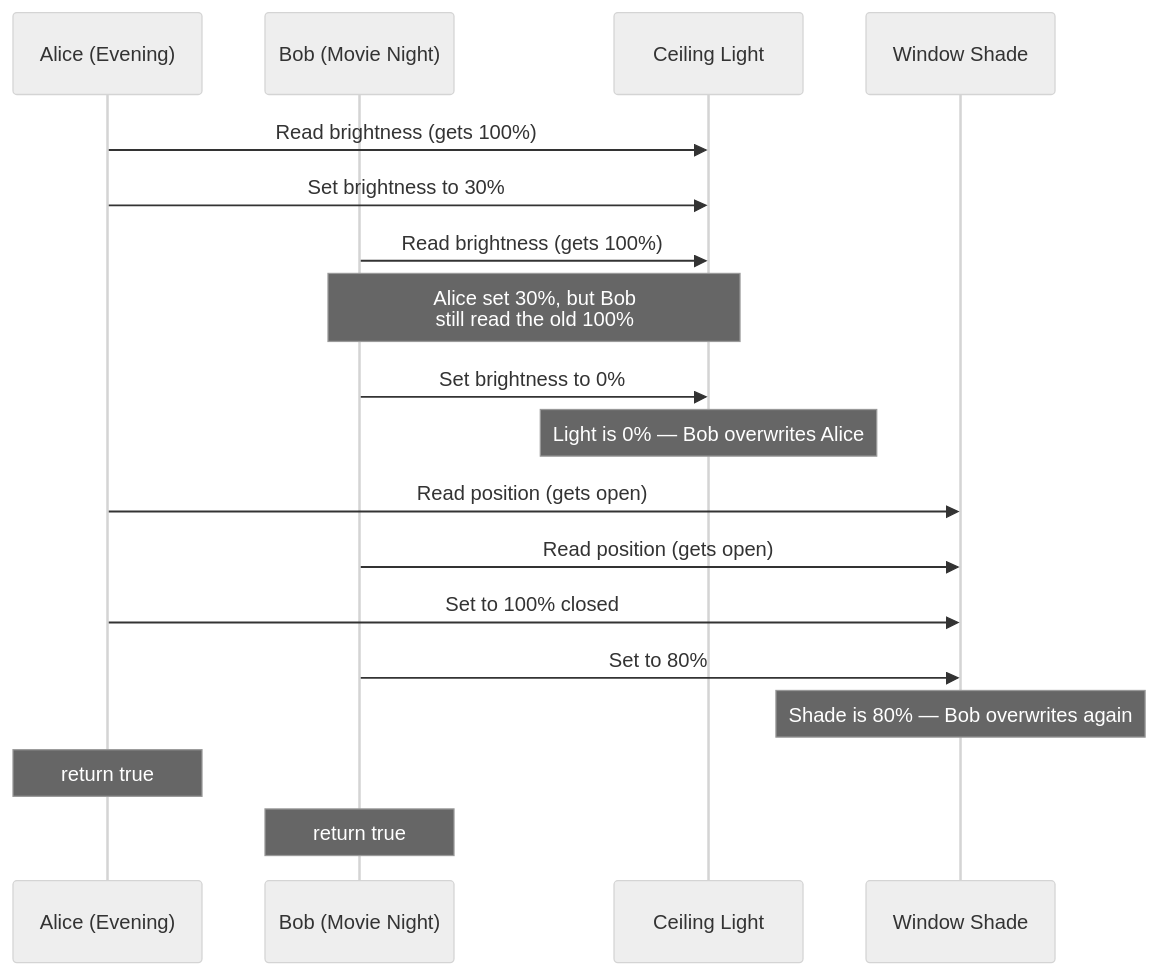
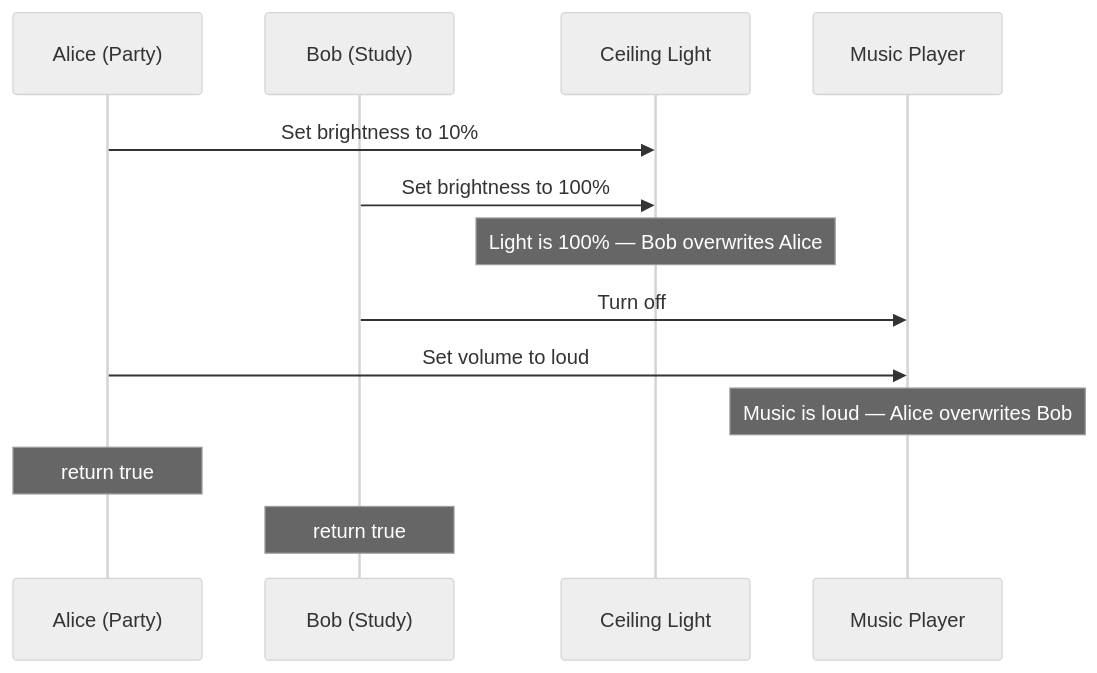
Before and after one commit to neu-pdi/CS3100-Spring-2026: the ninth of 13 diagrams in lecture-slides-spertus/l31-concurrency1.mdx, drawn with Mermaid (neutral theme). The commit also changed other lines of this file and 1 other file, not shown here.

````diff
--- a/lecture-slides-spertus/l31-concurrency1.mdx
+++ b/lecture-slides-spertus/l31-concurrency1.mdx
@@ -712,23 +722,17 @@
 ```mermaid
 sequenceDiagram
-    participant A as Alice (Evening)
-    participant B as Bob (Movie Night)
+    participant A as Alice (Party)
+    participant B as Bob (Study)
     participant Light as Ceiling Light
-    participant Shade as Window Shade
+    participant Music as Music Player
 
-    A->>Light: Read brightness (gets 100%)
-    A->>Light: Set brightness to 30%
-    B->>Light: Read brightness (gets 100%)
-    Note over B,Light: Alice set 30%, but Bob<br/>still read the old 100%
-    B->>Light: Set brightness to 0%
-    Note over Light: Light is 0% — Bob overwrites Alice
-
-    A->>Shade: Read position (gets open)
-    B->>Shade: Read position (gets open)
-    A->>Shade: Set to 100% closed
-    B->>Shade: Set to 80%
-    Note over Shade: Shade is 80% — Bob overwrites again
+    A->>Light: Set brightness to 10%
+    B->>Light: Set brightness to 100%
+    Note over Light: Light is 100% — Bob overwrites Alice
+    B->>Music: Turn off
+    A->>Music: Set volume to loud
+    Note over Music: Music is loud — Alice overwrites Bob
 
     Note over A: return true
     Note over B: return true
 ```
````
